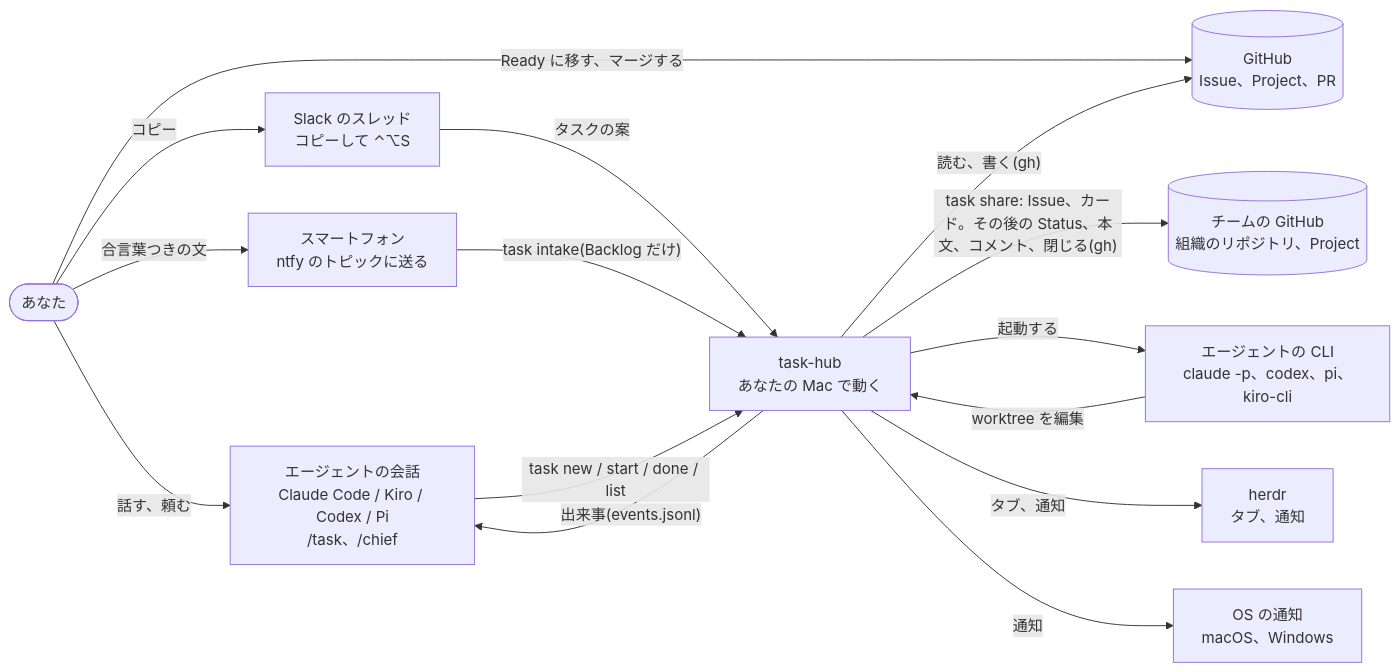
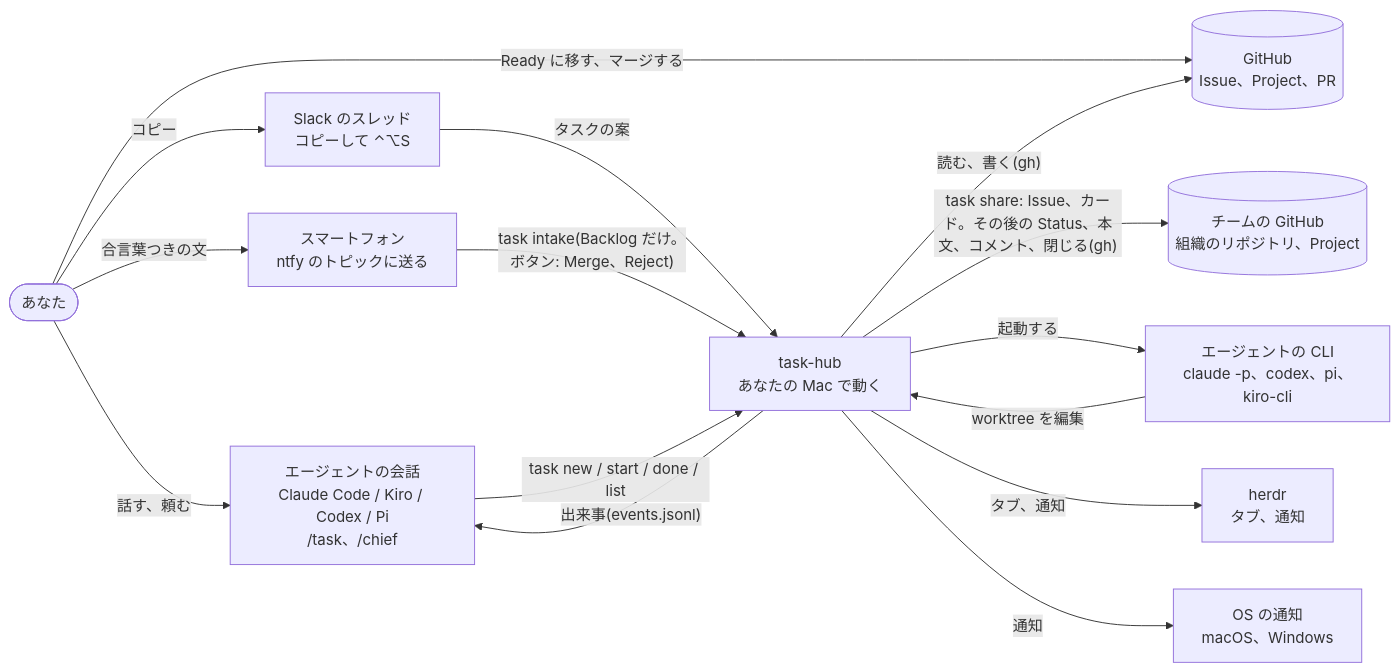
One commit to jyoka/task-hub changed the first of 8 diagrams in docs/architecture/hld.md. Above: the diagram before and after it, drawn with Mermaid. The commit also changed other lines of this file and 7 other files, not shown here.

Commit message:
task 17: Merge pipeline (2/4): one-tap approve from phone

````diff
--- a/docs/architecture/hld.md
+++ b/docs/architecture/hld.md
@@ -21,28 +21,28 @@
 ```mermaid
 flowchart LR
     you(["あなた"])
     chat["エージェントの会話<br/>Claude Code / Kiro / Codex / Pi<br/>/task、/chief"]
     slack["Slack のスレッド<br/>コピーして ⌃⌥S"]
     phone["スマートフォン<br/>ntfy のトピックに送る"]
     th["task-hub<br/>あなたの Mac で動く"]
     gh[("GitHub<br/>Issue、Project、PR")]
     team[("チームの GitHub<br/>組織のリポジトリ、Project")]
     agents["エージェントの CLI<br/>claude -p、codex、pi、kiro-cli"]
     herdr["herdr<br/>タブ、通知"]
     os["OS の通知<br/>macOS、Windows"]
 
     you -- "話す、頼む" --> chat
     you -- "Ready に移す、マージする" --> gh
     you -- "コピー" --> slack
     slack -- "タスクの案" --> th
     you -- "合言葉つきの文" --> phone
-    phone -- "task intake(Backlog だけ)" --> th
+    phone -- "task intake(Backlog だけ。ボタン: Merge、Reject)" --> th
     chat -- "task new / start / done / list" --> th
     th -- "読む、書く(gh)" --> gh
     th -- "task share: Issue、カード。その後の Status、本文、コメント、閉じる(gh)" --> team
     th -- "起動する" --> agents
     agents -- "worktree を編集" --> th
     th -- "タブ、通知" --> herdr
     th -- "通知" --> os
     th -- "出来事(events.jsonl)" --> chat
 ```
````
